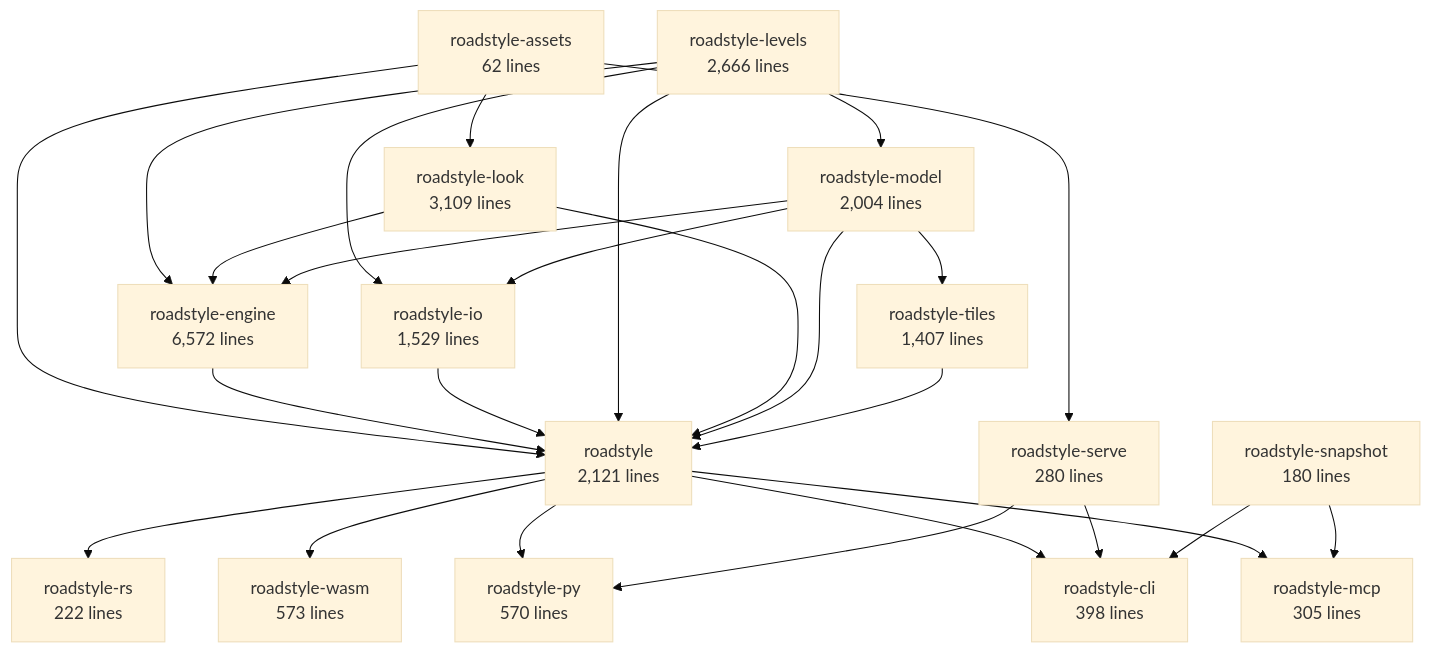
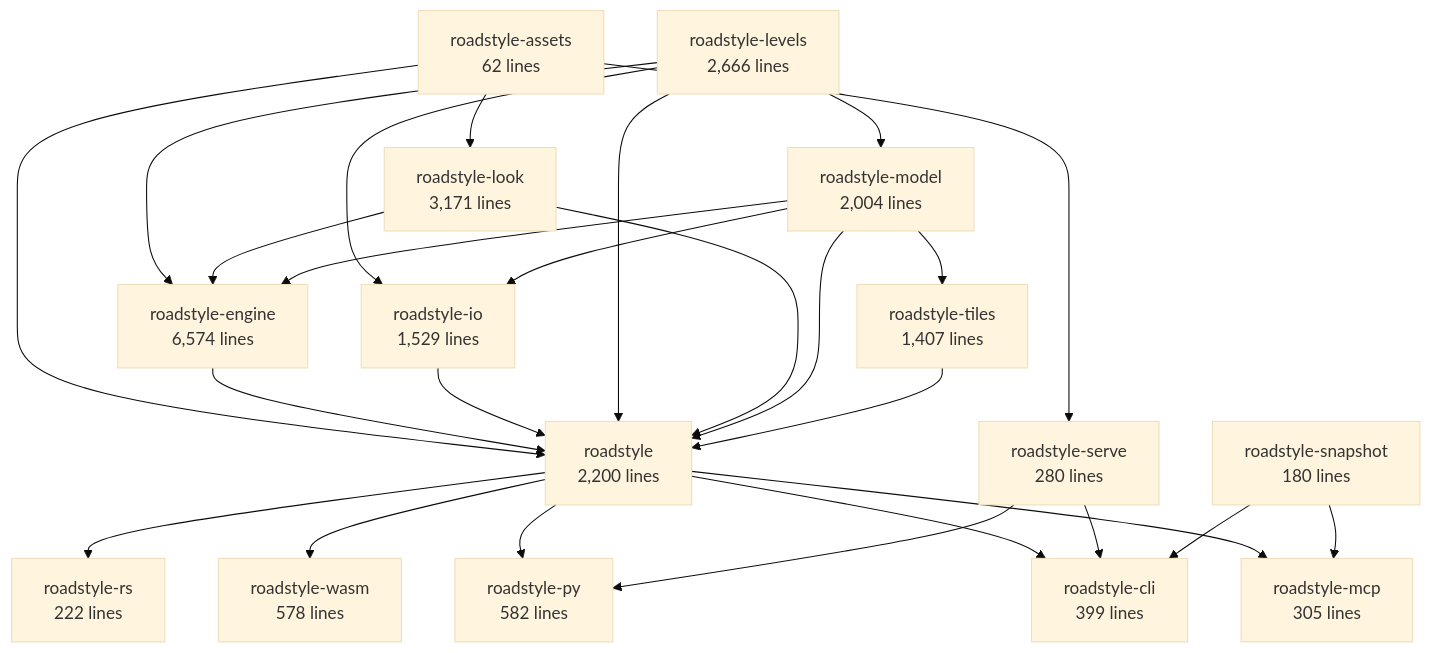
Before and after one commit to Khoshkhah/roadstyle: the second of 6 diagrams in docs/rust/architecture.md, drawn with Mermaid (base theme). The commit also changed other lines of this file and 7 other files, not shown here.

````diff
--- a/docs/rust/architecture.md
+++ b/docs/rust/architecture.md
@@ -70,43 +70,43 @@
 ```mermaid
 flowchart TB
     roadstyle_assets["roadstyle-assets<br/>62 lines"]
     roadstyle_model["roadstyle-model<br/>2,004 lines"]
-    roadstyle_look["roadstyle-look<br/>3,109 lines"]
+    roadstyle_look["roadstyle-look<br/>3,171 lines"]
     roadstyle_io["roadstyle-io<br/>1,529 lines"]
     roadstyle_levels["roadstyle-levels<br/>2,666 lines"]
-    roadstyle_engine["roadstyle-engine<br/>6,572 lines"]
+    roadstyle_engine["roadstyle-engine<br/>6,574 lines"]
     roadstyle_tiles["roadstyle-tiles<br/>1,407 lines"]
-    roadstyle["roadstyle<br/>2,121 lines"]
+    roadstyle["roadstyle<br/>2,200 lines"]
     roadstyle_rs["roadstyle-rs<br/>222 lines"]
-    roadstyle_wasm["roadstyle-wasm<br/>573 lines"]
-    roadstyle_py["roadstyle-py<br/>570 lines"]
-    roadstyle_cli["roadstyle-cli<br/>398 lines"]
+    roadstyle_wasm["roadstyle-wasm<br/>578 lines"]
+    roadstyle_py["roadstyle-py<br/>582 lines"]
+    roadstyle_cli["roadstyle-cli<br/>399 lines"]
     roadstyle_mcp["roadstyle-mcp<br/>305 lines"]
     roadstyle_serve["roadstyle-serve<br/>280 lines"]
     roadstyle_snapshot["roadstyle-snapshot<br/>180 lines"]
     roadstyle_levels --> roadstyle_model
     roadstyle_assets --> roadstyle_look
     roadstyle_levels --> roadstyle_io
     roadstyle_model --> roadstyle_io
     roadstyle_levels --> roadstyle_engine
     roadstyle_look --> roadstyle_engine
     roadstyle_model --> roadstyle_engine
     roadstyle_model --> roadstyle_tiles
     roadstyle_assets --> roadstyle
     roadstyle_engine --> roadstyle
     roadstyle_io --> roadstyle
     roadstyle_levels --> roadstyle
     roadstyle_look --> roadstyle
     roadstyle_model --> roadstyle
     roadstyle_tiles --> roadstyle
     roadstyle --> roadstyle_rs
     roadstyle --> roadstyle_wasm
     roadstyle --> roadstyle_py
     roadstyle_serve --> roadstyle_py
     roadstyle --> roadstyle_cli
     roadstyle_serve --> roadstyle_cli
     roadstyle_snapshot --> roadstyle_cli
     roadstyle --> roadstyle_mcp
     roadstyle_snapshot --> roadstyle_mcp
     roadstyle_assets --> roadstyle_serve
 ```
````
